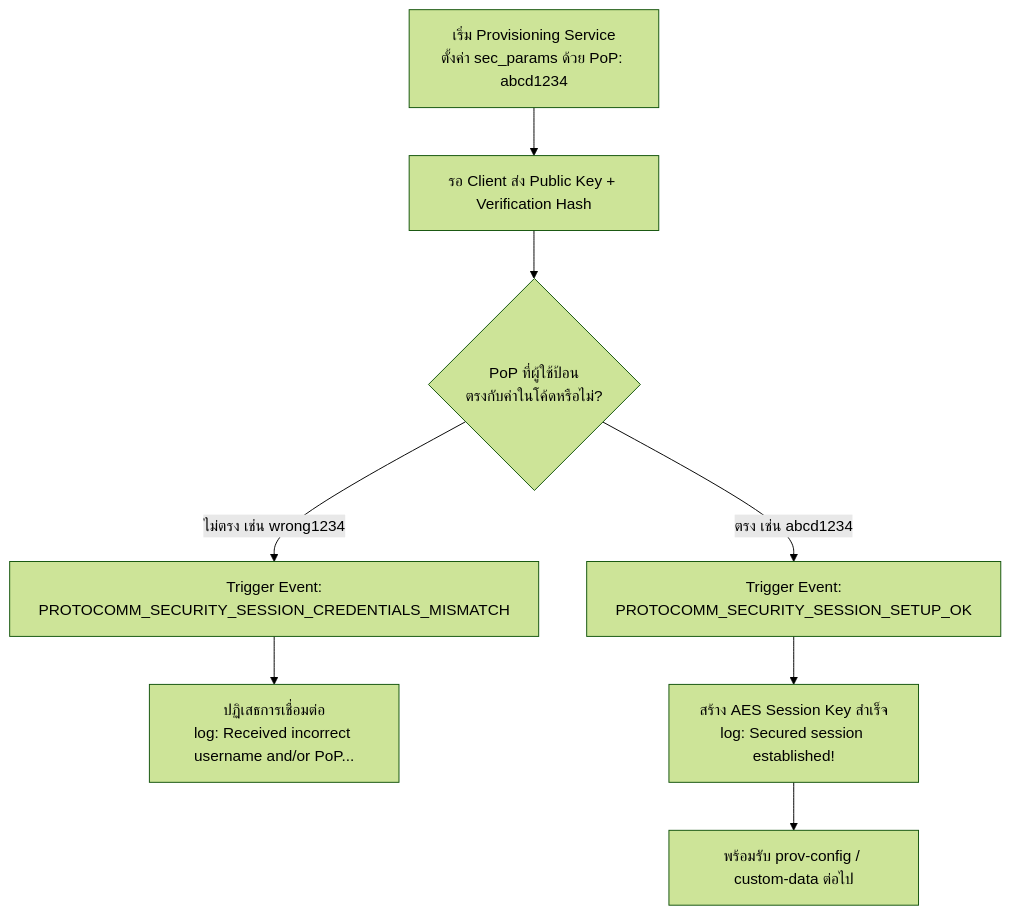
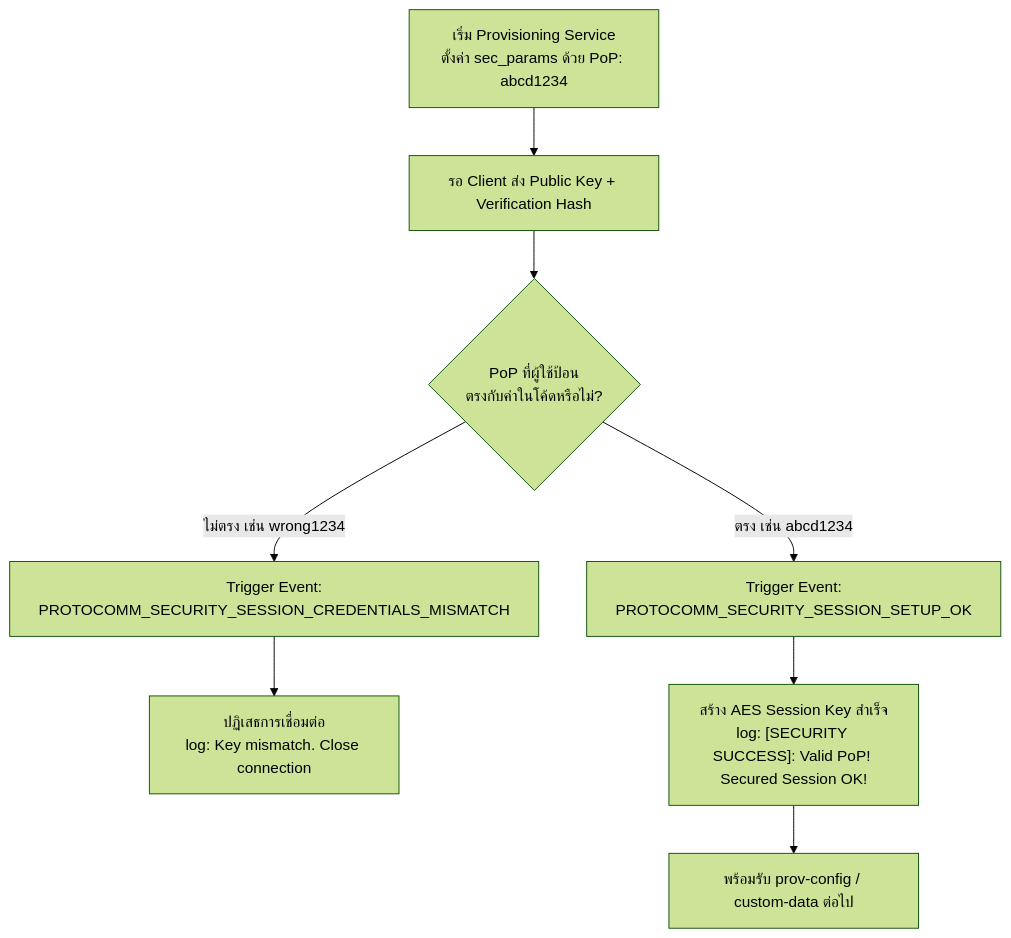
One commit to IoT-App-2569/Week-07-W-iFi-Privisioning changed the first of 2 diagrams in Answers/Lab7-4-Answers.md. Above: the diagram before and after it, drawn with Mermaid (forest theme). The commit also changed other lines of this file and 4 other files, not shown here.

````diff
--- a/Answers/Lab7-4-Answers.md
+++ b/Answers/Lab7-4-Answers.md
@@ -77,10 +77,10 @@
 ```mermaid
 flowchart TD
     Start["เริ่ม Provisioning Service<br/>ตั้งค่า sec_params ด้วย PoP: abcd1234"] --> WaitKey["รอ Client ส่ง Public Key + Verification Hash"]
     WaitKey --> Check{"PoP ที่ผู้ใช้ป้อน<br/>ตรงกับค่าในโค้ดหรือไม่?"}
     Check -- "ไม่ตรง เช่น wrong1234" --> Mismatch["Trigger Event:<br/>PROTOCOMM_SECURITY_SESSION_CREDENTIALS_MISMATCH"]
-    Mismatch --> Reject["ปฏิเสธการเชื่อมต่อ<br/>log: Received incorrect username and/or PoP..."]
+    Mismatch --> Reject["ปฏิเสธการเชื่อมต่อ<br/>log: Key mismatch. Close connection"]
     Check -- "ตรง เช่น abcd1234" --> SetupOK["Trigger Event:<br/>PROTOCOMM_SECURITY_SESSION_SETUP_OK"]
-    SetupOK --> AESKey["สร้าง AES Session Key สำเร็จ<br/>log: Secured session established!"]
+    SetupOK --> AESKey["สร้าง AES Session Key สำเร็จ<br/>log: [SECURITY SUCCESS]: Valid PoP! Secured Session OK!"]
     AESKey --> Ready["พร้อมรับ prov-config / custom-data ต่อไป"]
 ```
````
